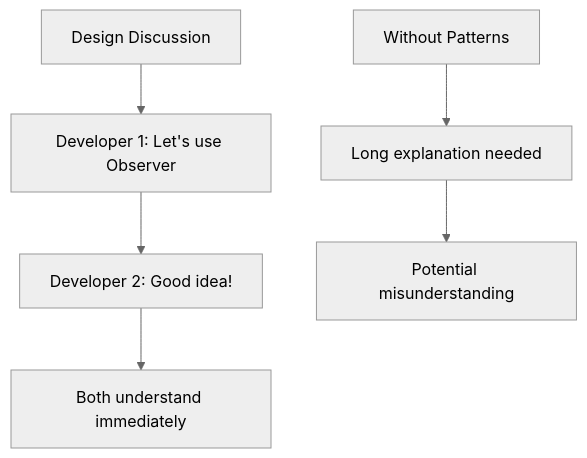
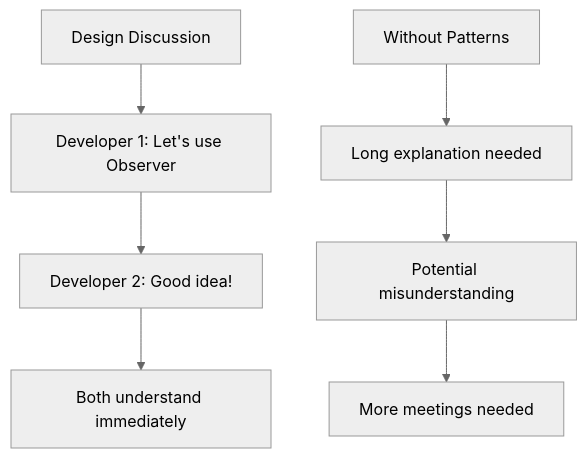
Before and after one commit to pankaj139/lld-solutions: the seventh of 12 diagrams in docs/design-patterns-introduction.md, drawn with Mermaid (neutral theme). The commit also changed other lines of this file, not shown here.

````diff
--- a/docs/design-patterns-introduction.md
+++ b/docs/design-patterns-introduction.md
@@ -345,9 +651,10 @@
 ```mermaid
 graph TD
     A[Design Discussion] --> B[Developer 1: Let's use Observer]
     B --> C[Developer 2: Good idea!]
     C --> D[Both understand immediately]
     
     E[Without Patterns] --> F[Long explanation needed]
     F --> G[Potential misunderstanding]
+    G --> H[More meetings needed]
 ```
````
